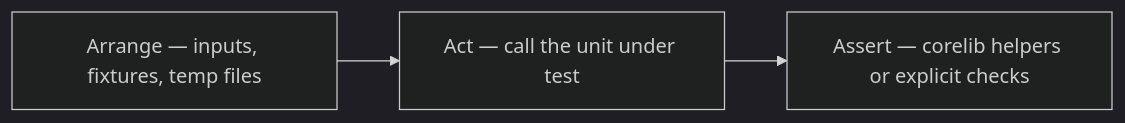
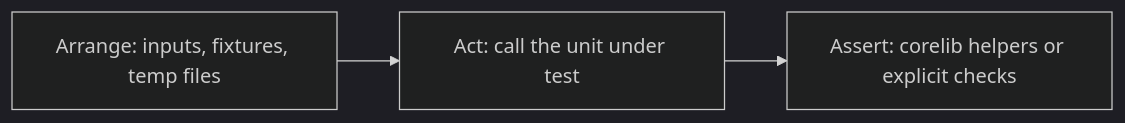
One commit to Cyber-Nomad-Collective/beskid changed the diagram in site/website/src/content/docs/book/08-green-tests-red-production/arrange-act-assert.md. Above: the diagram before and after it, drawn with Mermaid (dark theme). The commit also changed 60 other files, not shown here.

````diff
--- a/site/website/src/content/docs/book/08-green-tests-red-production/arrange-act-assert.md
+++ b/site/website/src/content/docs/book/08-green-tests-red-production/arrange-act-assert.md
@@ -11,7 +11,9 @@
 ```mermaid
 flowchart LR
-  arrange[Arrange — inputs, fixtures, temp files]
-  act[Act — call the unit under test]
-  assert[Assert — corelib helpers or explicit checks]
+  accTitle: Arrange, act, assert
+  accDescr: A test arranges inputs, acts by calling the unit under test, then asserts with corelib helpers or explicit checks.
+  arrange["Arrange: inputs, fixtures, temp files"]
+  act["Act: call the unit under test"]
+  assert["Assert: corelib helpers or explicit checks"]
   arrange --> act --> assert
 ```
````
